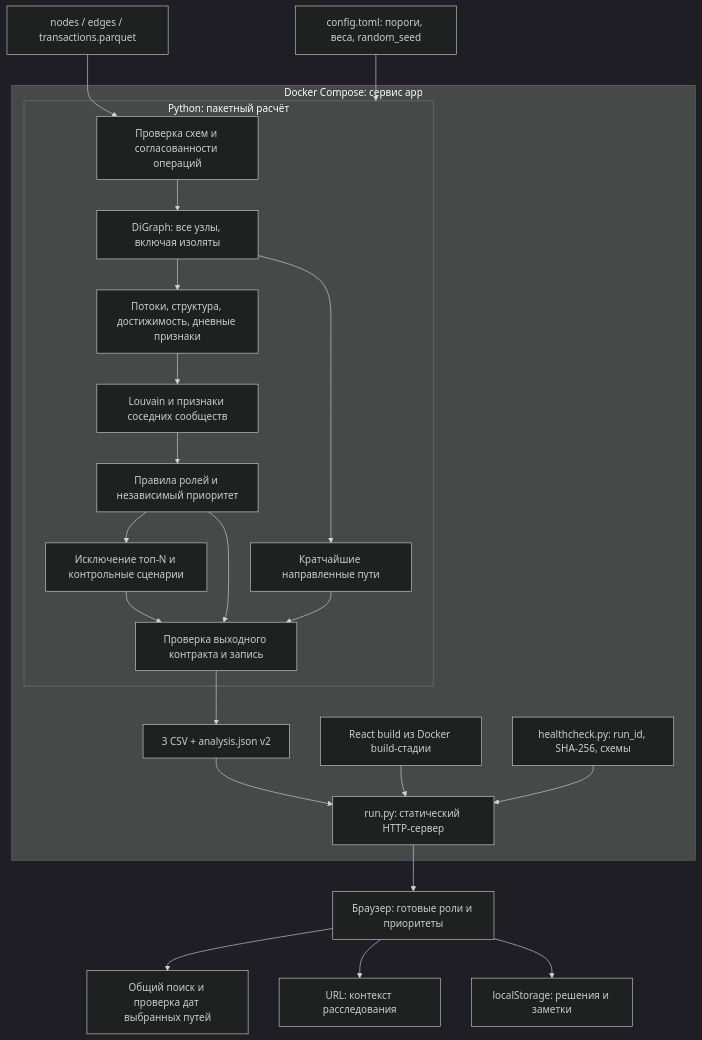
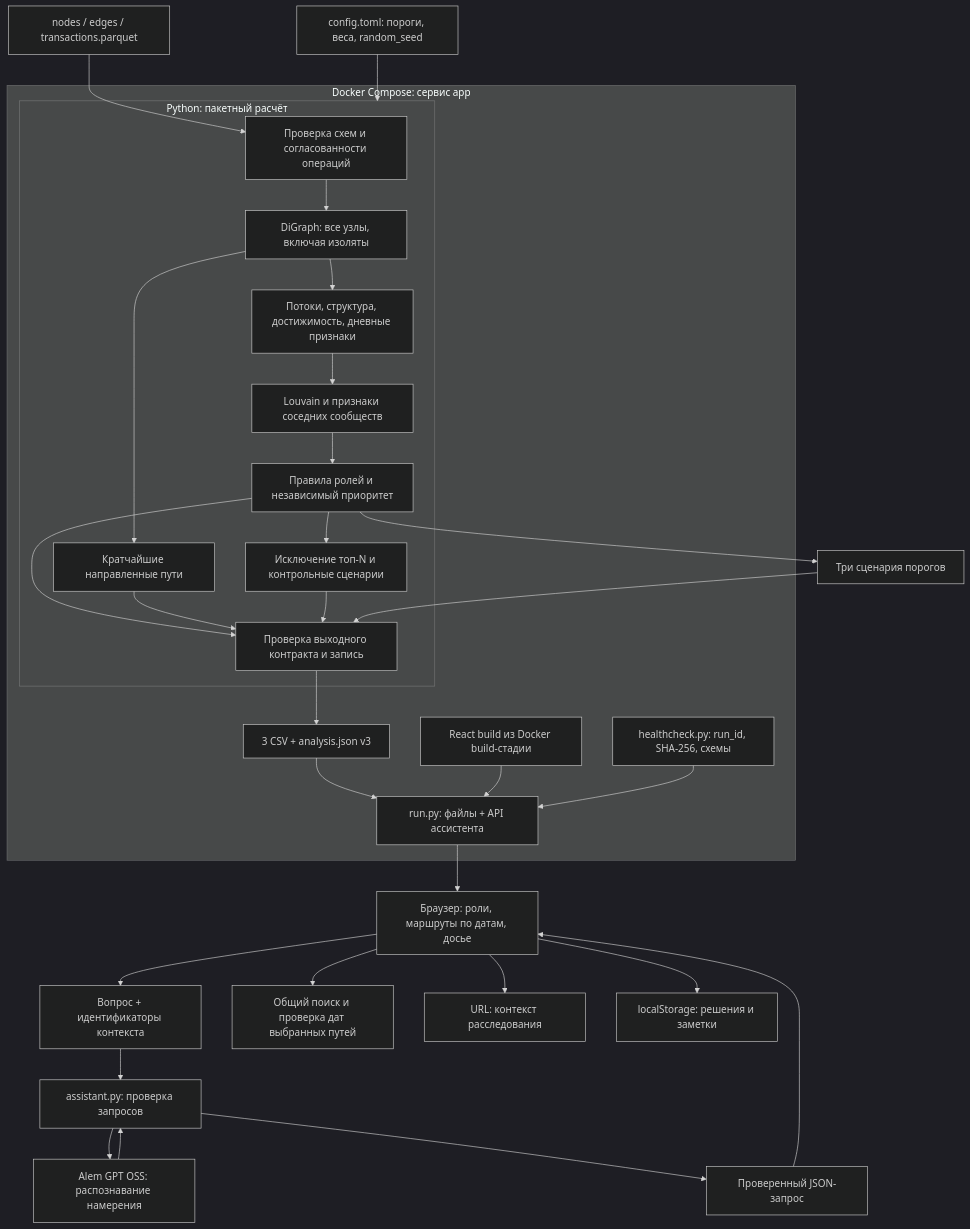
Before and after one commit to BAITC-Hacks/hack-5fc9e139-tovarish-sanechka: the diagram in README.md, drawn with Mermaid (dark theme). The commit also changed other lines of this file and 8 other files, not shown here.

````diff
--- a/README.md
+++ b/README.md
@@ -26,26 +26,34 @@
 ```mermaid
 flowchart TB
     INPUT["nodes / edges / transactions.parquet"] --> VALIDATE["Проверка схем и согласованности операций"]
     CONFIG["config.toml: пороги, веса, random_seed"] --> ANALYSIS
     subgraph APP["Docker Compose: сервис app"]
         subgraph ANALYSIS["Python: пакетный расчёт"]
             VALIDATE --> GRAPH["DiGraph: все узлы, включая изоляты"]
             GRAPH --> FEATURES["Потоки, структура, достижимость, дневные признаки"]
             FEATURES --> CLUSTERS["Louvain и признаки соседних сообществ"]
             CLUSTERS --> SCORING["Правила ролей и независимый приоритет"]
             GRAPH --> PATHS["Кратчайшие направленные пути"]
             SCORING --> RESILIENCE["Исключение топ-N и контрольные сценарии"]
             SCORING --> EXPORT["Проверка выходного контракта и запись"]
             PATHS --> EXPORT
             RESILIENCE --> EXPORT
         end
-        EXPORT --> FILES["3 CSV + analysis.json v2"]
-        FILES --> HTTP["run.py: статический HTTP-сервер"]
+        EXPORT --> FILES["3 CSV + analysis.json v3"]
+        FILES --> HTTP["run.py: файлы + API ассистента"]
         ASSETS["React build из Docker build-стадии"] --> HTTP
         HEALTH["healthcheck.py: run_id, SHA-256, схемы"] --> HTTP
     end
-    HTTP --> BROWSER["Браузер: готовые роли и приоритеты"]
+    HTTP --> BROWSER["Браузер: роли, маршруты по датам, досье"]
+    BROWSER --> QUESTION["Вопрос + идентификаторы контекста"]
+    QUESTION --> API["assistant.py: проверка запросов"]
+    API --> ALEM["Alem GPT OSS: распознавание намерения"]
+    ALEM --> API
+    API --> VALID["Проверенный JSON-запрос"]
+    VALID --> BROWSER
+    SCORING --> SENS["Три сценария порогов"]
+    SENS --> EXPORT
     BROWSER --> SEARCH["Общий поиск и проверка дат выбранных путей"]
     BROWSER --> URL["URL: контекст расследования"]
     BROWSER --> LOCAL["localStorage: решения и заметки"]
 ```
````
